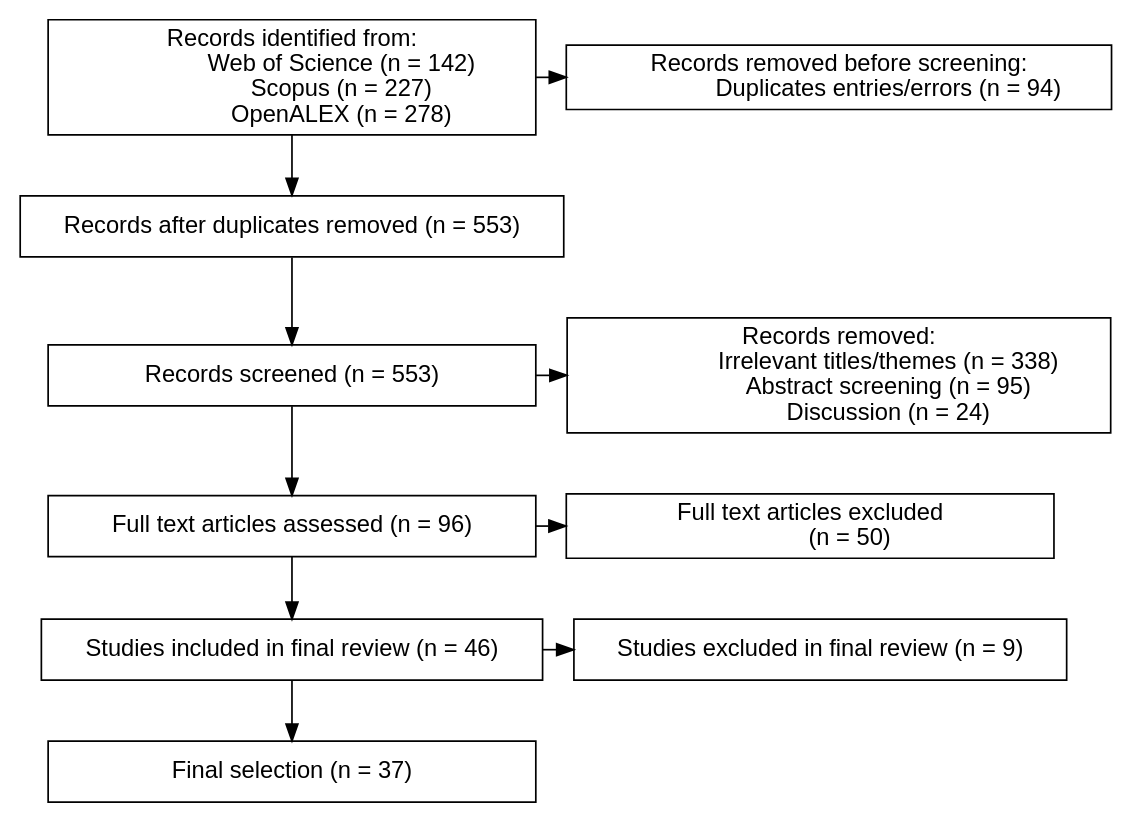
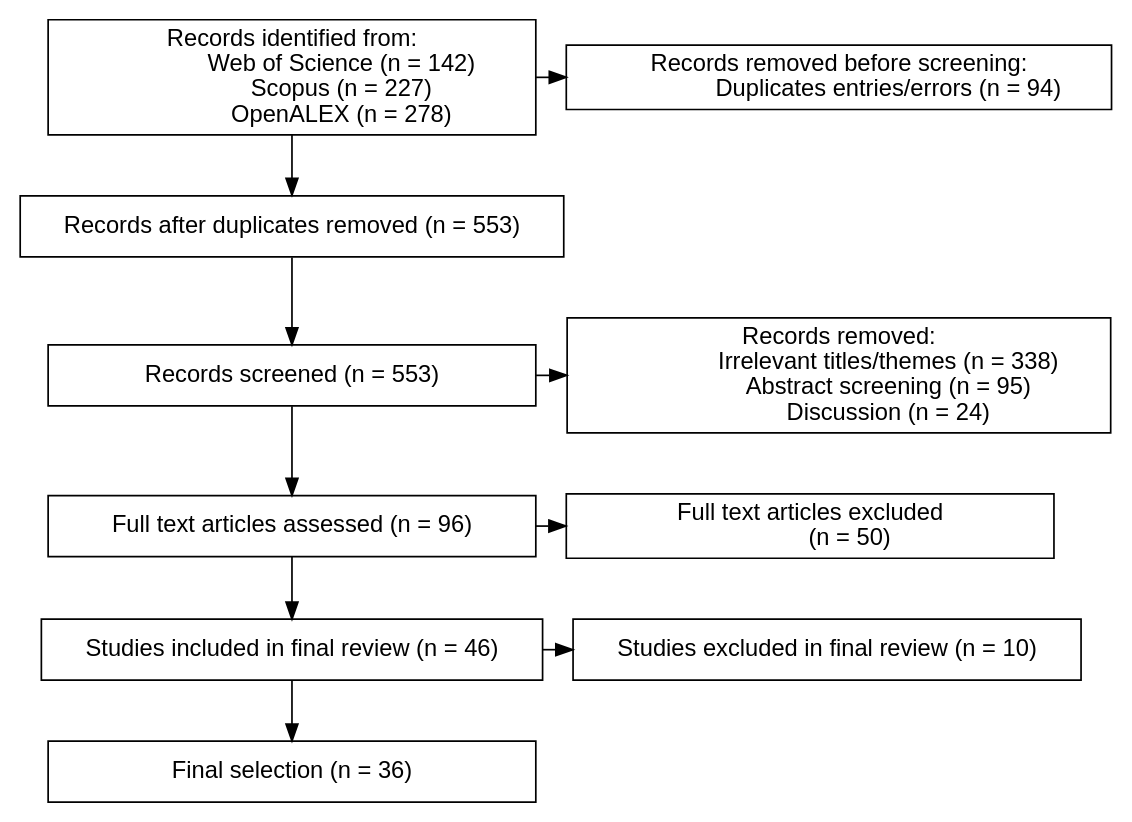
One commit to tuomaseerola/metaMER changed the diagram in manuscript/manuscript.qmd. Above: the diagram before and after it, drawn with Graphviz. The commit also changed other lines of this file and 3 other files, not shown here.

````diff
--- a/manuscript/manuscript.qmd
+++ b/manuscript/manuscript.qmd
@@ -82,40 +84,40 @@
 ```{dot}
 
 digraph sub {
   node [fontname = Helvetica, fontsize = 14, shape = box, width = 4]
   A [label = "Records identified from:
                 Web of Science (n = 142)
                 Scopus (n = 227)
                 OpenALEX (n = 278)" ]
   B [label = "Records removed before screening: 
                 Duplicates entries/errors (n = 94)" ]
   C [label = "Records after duplicates removed (n = 553)"]
   D [label = "Records screened (n = 553)"]
   E [label = "Records removed: 
                 Irrelevant titles/themes (n = 338)
                 Abstract screening (n = 95)
                 Discussion (n = 24)"]
   F [label = "Full text articles assessed (n = 96)"]
   G [label = "Studies included in final review (n = 46)"]
   H [label = "Full text articles excluded
              (n = 50)"]
-  I [label = "Studies excluded in final review (n = 9)"]
-  J [label = "Final selection (n = 37)"]
+  I [label = "Studies excluded in final review (n = 10)"]
+  J [label = "Final selection (n = 36)"]
   A->B
   A->C
   C->D
   D->E
   D->F
   F->H 
   F->G
   G->I
   G->J
 
   
   { rank = same; A B}
   { rank = same; D, E}
   { rank = same; F, H}
   { rank = same; G, I}
 }
 
 ```
````
